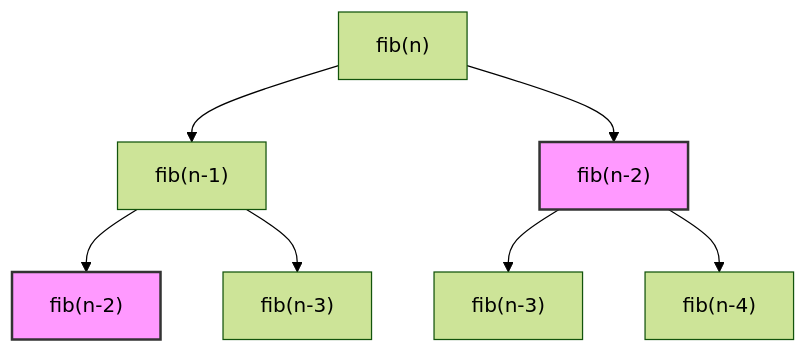
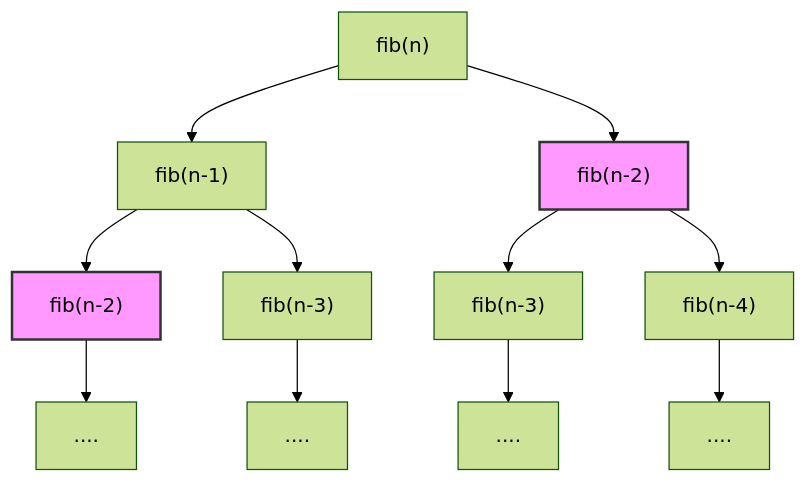
Before and after one commit to swar-101/vault: the first of 4 diagrams in Dynamic Programming.md, drawn with Mermaid (forest theme). The commit also changed other lines of this file and 20 other files, not shown here.

````diff
--- a/Dynamic Programming.md
+++ b/Dynamic Programming.md
@@ -46,16 +55,19 @@
 ```mermaid
 graph TD
     classDef highlight fill:#f9f,stroke:#333,stroke-width:2px,color:#000;
 
     F4["fib(n)"]
     F4 --> F3["fib(n-1)"]
     F4 --> F2["fib(n-2)"]
     F3 --> F2b["fib(n-2)"]
     F3 --> F1["fib(n-3)"]
-    F2 --> F1b["fib(n-3)"]
+	F2b --> F2c["  ....  "]
+	F1 --> F1a["  ....  "]
+	F2 --> F1b["fib(n-3)"]
     F2 --> F0["fib(n-4)"]
-
+	F1b --> F1c["  ....  "]
+	F0 --> F0a["  ....  "]
     class F2,F2b highlight
     
 
 ```
````
